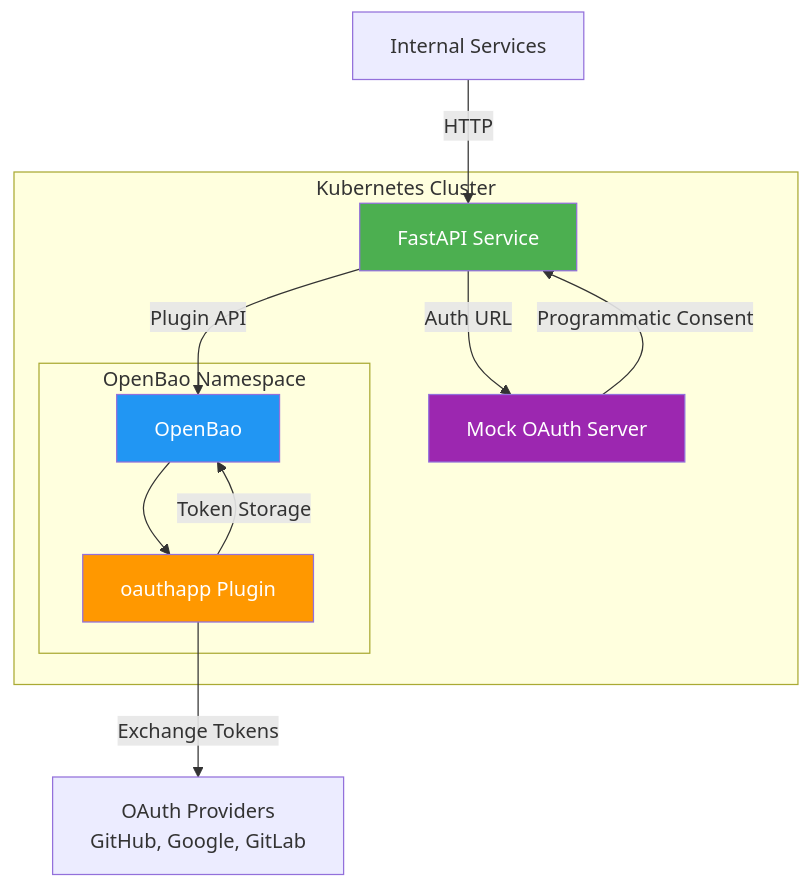
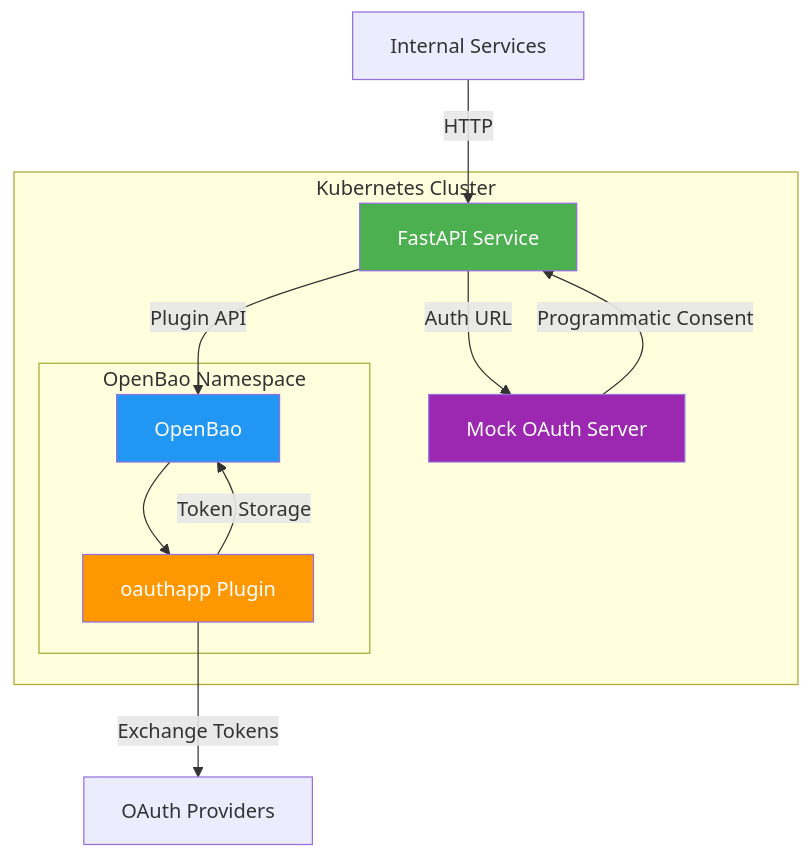
The first of 4 diagrams in README.md (PodishettiRakesh/integration-aggregator-takehome), drawn with Mermaid before and after one commit.

Commit message:
updated to render rich display in github

````diff
--- a/README.md
+++ b/README.md
@@ -35,27 +35,27 @@
 ```mermaid
 graph TB
     subgraph "Kubernetes Cluster"
         API[FastAPI Service]
         MOCK[Mock OAuth Server]
         subgraph "OpenBao Namespace"
             OB[OpenBao]
             PLUG[oauthapp Plugin]
         end
     end
 
     Client[Internal Services]
-    Provider[OAuth Providers<br/>GitHub, Google, GitLab]
+    Provider[OAuth Providers]
 
     Client -->|HTTP| API
     API -->|Plugin API| OB
     OB --> PLUG
     PLUG -->|Token Storage| OB
     API -->|Auth URL| MOCK
     MOCK -->|Programmatic Consent| API
     PLUG -->|Exchange Tokens| Provider
 
     style API fill:#4CAF50,color:#fff
     style OB fill:#2196F3,color:#fff
     style PLUG fill:#FF9800,color:#fff
     style MOCK fill:#9C27B0,color:#fff
 ```
````
